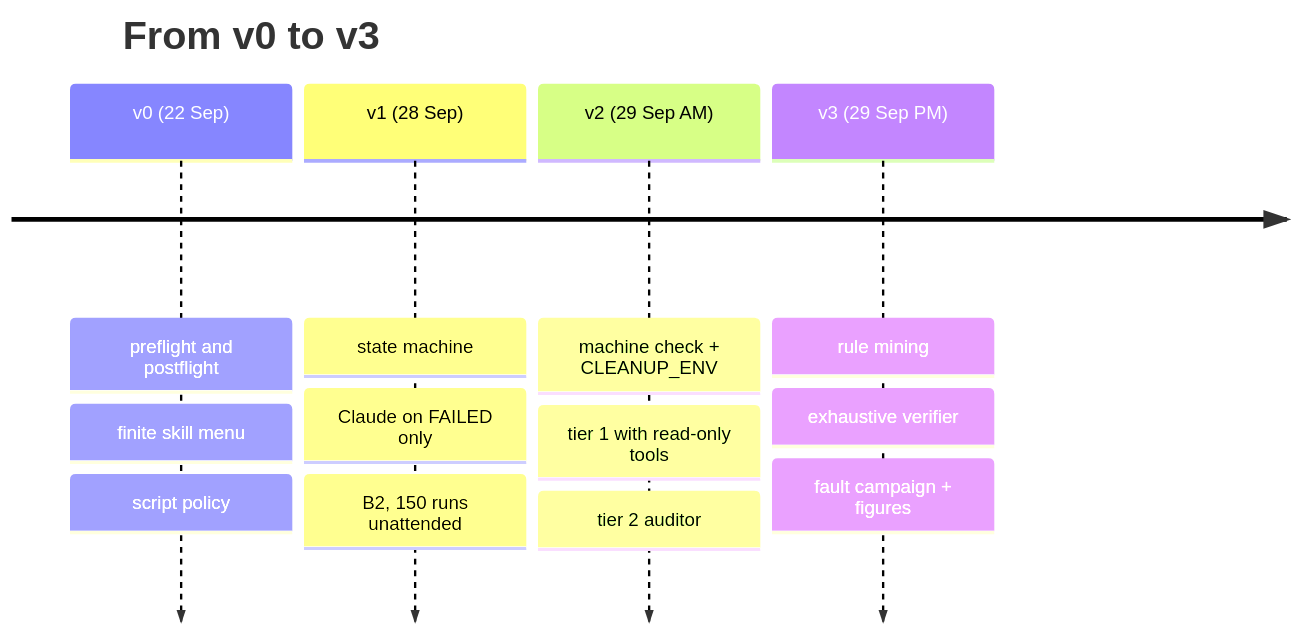
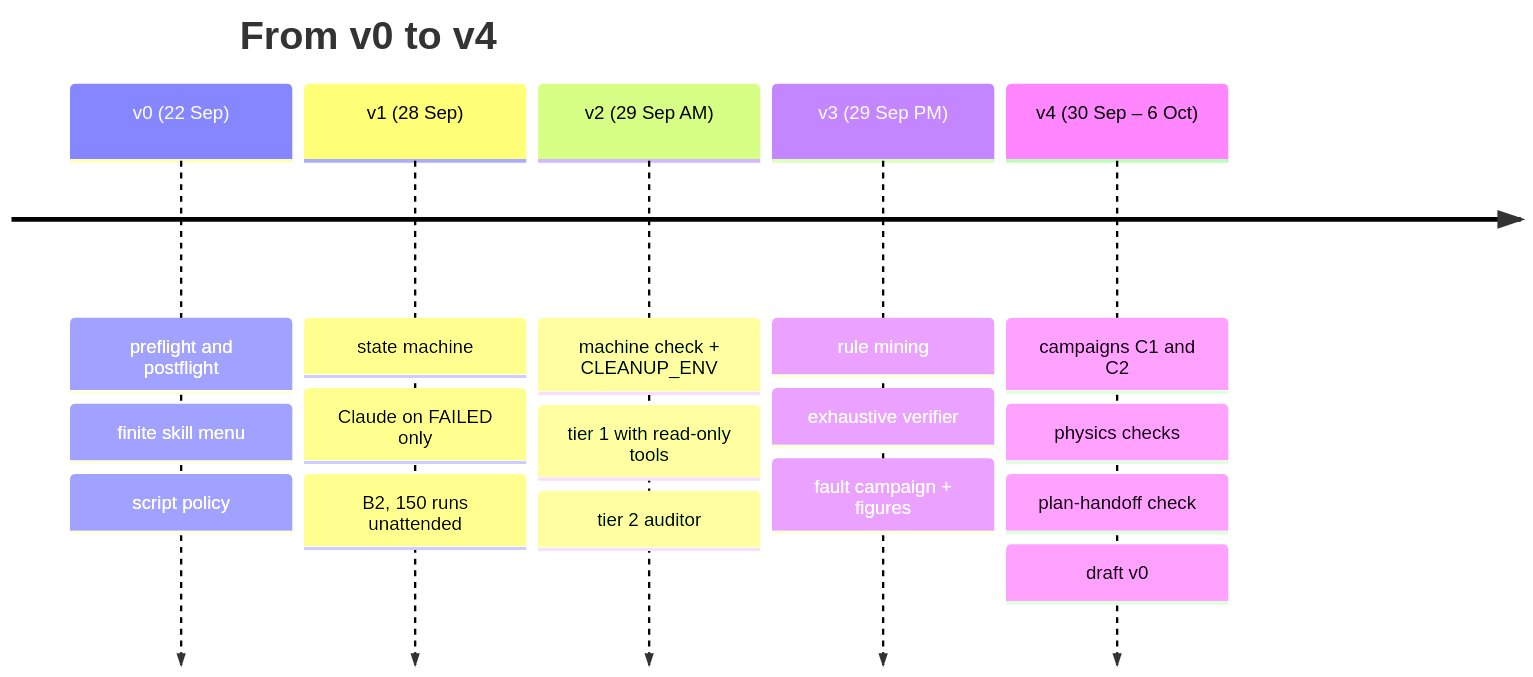
The fifth of 5 diagrams in GUIDE.md (willv678/simgate), drawn with Mermaid before and after one commit. The commit also changed other lines of this file, not shown here.

Commit message:
GUIDE: campaign results, the plan-handoff check, per-scene references

````diff
--- a/GUIDE.md
+++ b/GUIDE.md
@@ -267,8 +294,9 @@
 ```mermaid
 timeline
-    title From v0 to v3
+    title From v0 to v4
     v0 (22 Sep) : preflight and postflight : finite skill menu : script policy
     v1 (28 Sep) : state machine : Claude on FAILED only : B2, 150 runs unattended
     v2 (29 Sep AM) : machine check + CLEANUP_ENV : tier 1 with read-only tools : tier 2 auditor
     v3 (29 Sep PM) : rule mining : exhaustive verifier : fault campaign + figures
+    v4 (30 Sep – 6 Oct) : campaigns C1 and C2 : physics checks : plan-handoff check : draft v0
 ```
````
